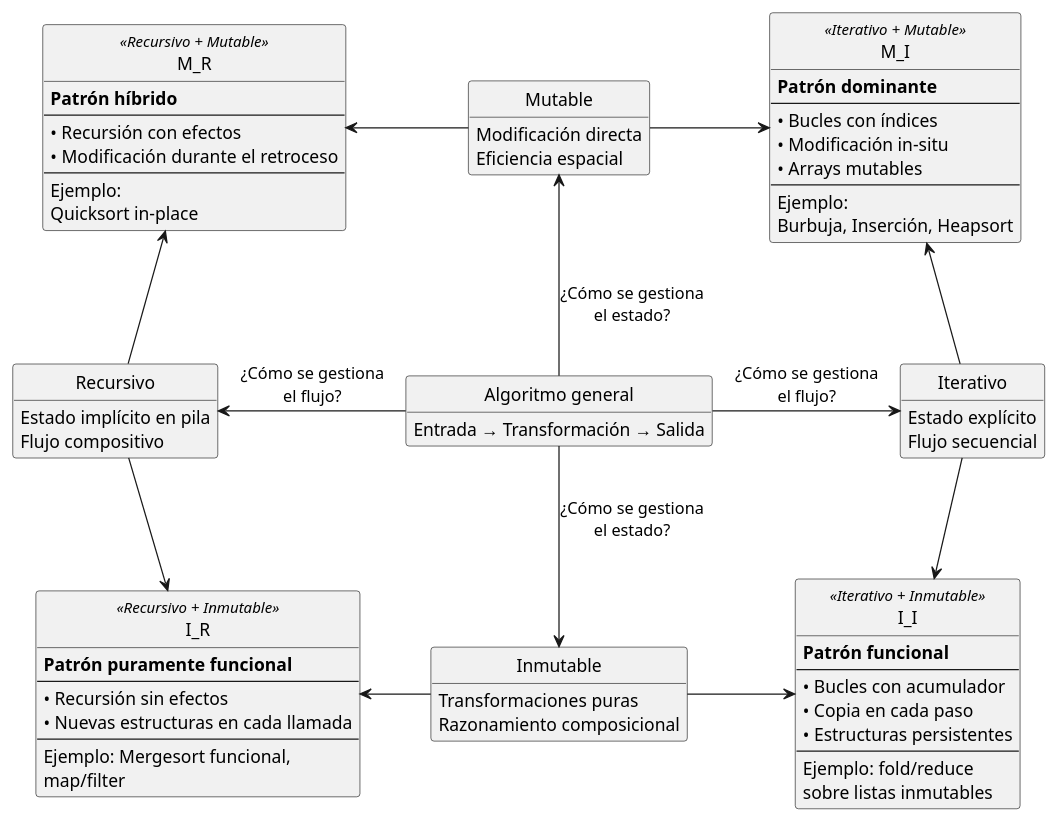
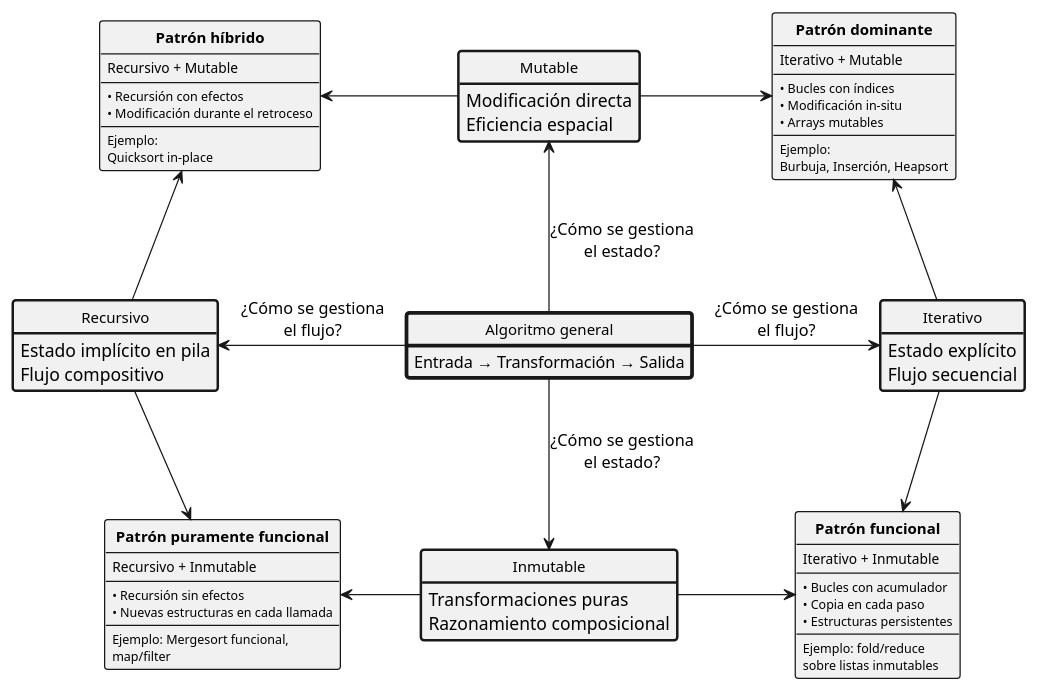
The diagram in modelosUML/jerarquiasTecnicas.puml (mmasias/EDA2), drawn with PlantUML before and after one commit. The commit also changed 2 other files, not shown here.

```diff
--- a/modelosUML/jerarquiasTecnicas.puml
+++ b/modelosUML/jerarquiasTecnicas.puml
@@ -1,90 +1,106 @@
 @startuml jerarquiaTecnicas
 
 hide empty members
 hide circle
-skinparam linetype polyline
+hide stereotypes
 
-class M_I <<Iterativo + Mutable>> {
-    **Patrón dominante**
-    ----
-    • Bucles con índices
-    • Modificación in-situ
-    • Arrays mutables
-    ----
-    Ejemplo:
-    Burbuja, Inserción, Heapsort    
+skinparam class {
+    FontSize 12
 }
 
-class M_R <<Recursivo + Mutable>> {
-    **Patrón híbrido**
-    ----
-    • Recursión con efectos
-    • Modificación durante el retroceso
-    ----
-    Ejemplo:
-    Quicksort in-place    
+skinparam class<<cuadrante>> {
+    BorderThickness 1
 }
 
-class I_I <<Iterativo + Inmutable>> {
-    **Patrón funcional**
-    ----
-    • Bucles con acumulador
-    • Copia en cada paso
-    • Estructuras persistentes
-    ----
-    Ejemplo: fold/reduce
-    sobre listas inmutables
+skinparam class<<eje>> {
+    BorderThickness 2
 }
 
-class I_R <<Recursivo + Inmutable>> {
-    **Patrón puramente funcional**
-    ----
-    • Recursión sin efectos
-    • Nuevas estructuras en cada llamada
-    ----
-    Ejemplo: Mergesort funcional,
-    map/filter
+skinparam class<<nucleo>> {
+    BorderThickness 3
 }
 
-class "Algoritmo general" as General {
-    Entrada → Transformación → Salida
+class M_I as "**Patrón dominante**" <<cuadrante>> {
+    <size:11>Iterativo + Mutable
+    ----
+    <size:10>• Bucles con índices
+    <size:10>• Modificación in-situ
+    <size:10>• Arrays mutables
+    ----
+    <size:10>Ejemplo:
+    <size:10>Burbuja, Inserción, Heapsort
 }
 
-class "Iterativo" as Iter {
+class M_R as "**Patrón híbrido**" <<cuadrante>> {
+    <size:11>Recursivo + Mutable
+    ----
+    <size:10>• Recursión con efectos
+    <size:10>• Modificación durante el retroceso
+    ----
+    <size:10>Ejemplo:
+    <size:10>Quicksort in-place
+}
+
+class I_I as "**Patrón funcional**" <<cuadrante>> {
+    <size:11>Iterativo + Inmutable
+    ----
+    <size:10>• Bucles con acumulador
+    <size:10>• Copia en cada paso
+    <size:10>• Estructuras persistentes
+    ----
+    <size:10>Ejemplo: fold/reduce
+    <size:10>sobre listas inmutables
+}
+
+class I_R as "**Patrón puramente funcional**" <<cuadrante>> {
+    <size:11>Recursivo + Inmutable
+    ----
+    <size:10>• Recursión sin efectos
+    <size:10>• Nuevas estructuras en cada llamada
+    ----
+    <size:10>Ejemplo: Mergesort funcional,
+    <size:10>map/filter
+}
+
+class "Algoritmo general" as General <<nucleo>> {
+    <size:13>Entrada → Transformación → Salida
+}
+
+class "Iterativo" as Iter <<eje>> {
     Estado explícito
     Flujo secuencial
 }
 
-class "Recursivo" as Rec {
+class "Recursivo" as Rec <<eje>> {
     Estado implícito en pila
     Flujo compositivo
 }
 
-class "Mutable" as Mut {    
+class "Mutable" as Mut <<eje>> {    
     Modificación directa
     Eficiencia espacial
 }
 
-class "Inmutable" as Inmut {
+class "Inmutable" as Inmut <<eje>> {
     Transformaciones puras
     Razonamiento composicional
 }
 
 General -right-> Iter : "¿Cómo se gestiona\nel flujo?"
 General -left-> Rec : "¿Cómo se gestiona\nel flujo?"
 General -up-> Mut : "¿Cómo se gestiona\nel estado?"
 General -down-> Inmut : "¿Cómo se gestiona\nel estado?"
 
 Iter -up-> M_I
 Mut -right-> M_I
 
 Rec -up-> M_R
 Mut -left-> M_R
 
 Iter -down-> I_I
 Inmut -right-> I_I
 
 Rec -down-> I_R
 Inmut -left-> I_R
 
 @enduml
```
